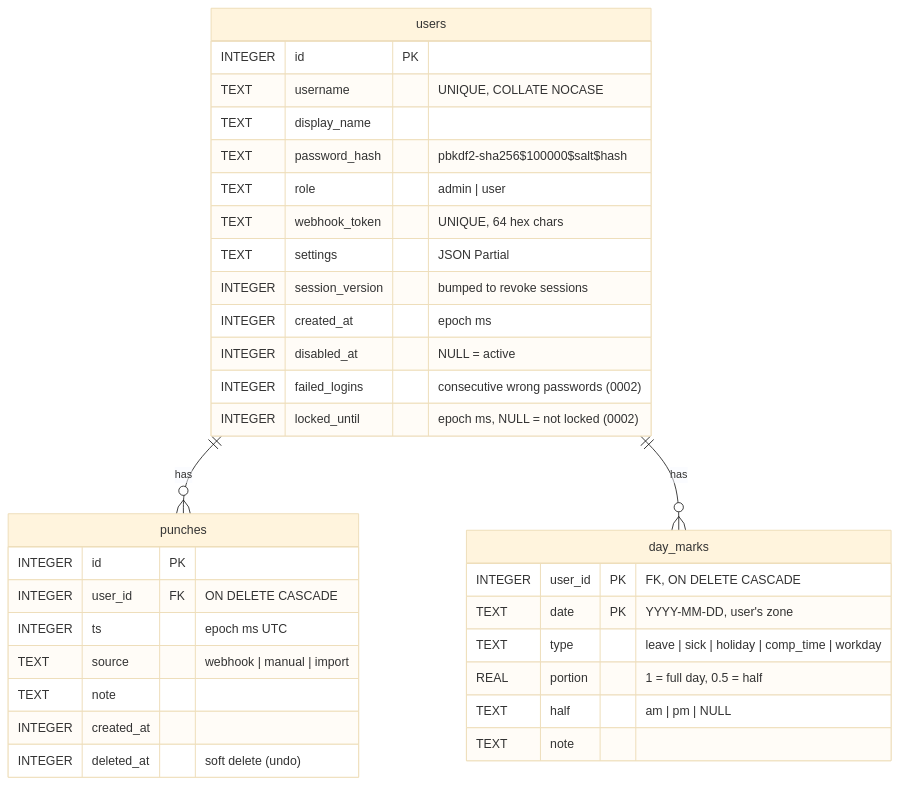
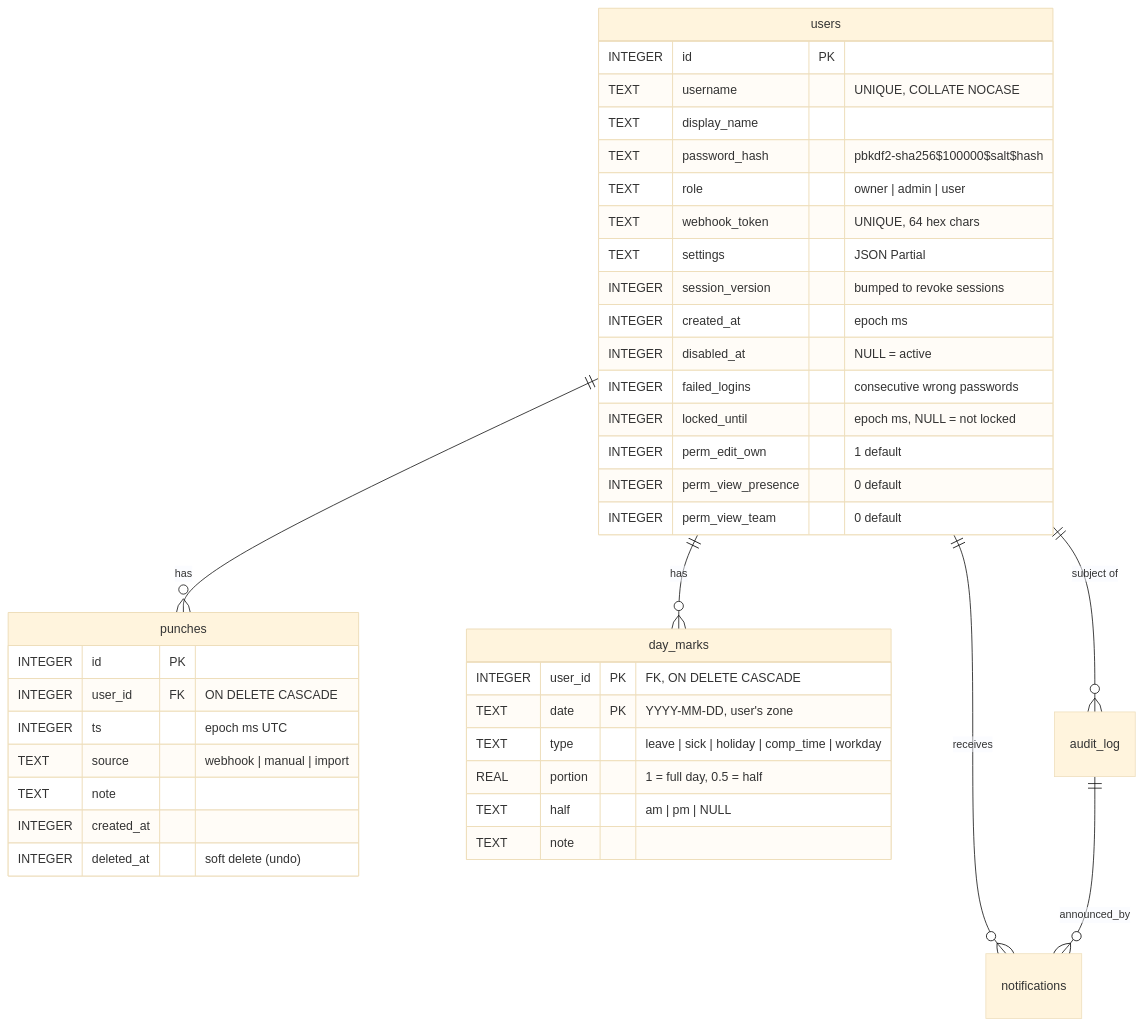
One commit to doooools/Time-clock-Pointeuse changed the second of 2 diagrams in docs/architecture.md. Above: the diagram before and after it, drawn with Mermaid (base theme). The commit also changed other lines of this file and 15 other files, not shown here.

First line of the commit message:
[T21] Document team management: roles, rights, journal, notifications

````diff
--- a/docs/architecture.md
+++ b/docs/architecture.md
@@ -67,36 +74,42 @@
 ```mermaid
 erDiagram
   users ||--o{ punches : has
   users ||--o{ day_marks : has
+  users ||--o{ audit_log : "subject of"
+  users ||--o{ notifications : receives
+  audit_log ||--o{ notifications : announced_by
   users {
     INTEGER id PK
     TEXT username "UNIQUE, COLLATE NOCASE"
     TEXT display_name
     TEXT password_hash "pbkdf2-sha256$100000$salt$hash"
-    TEXT role "admin | user"
+    TEXT role "owner | admin | user"
     TEXT webhook_token "UNIQUE, 64 hex chars"
     TEXT settings "JSON Partial<Settings>"
     INTEGER session_version "bumped to revoke sessions"
     INTEGER created_at "epoch ms"
     INTEGER disabled_at "NULL = active"
-    INTEGER failed_logins "consecutive wrong passwords (0002)"
-    INTEGER locked_until "epoch ms, NULL = not locked (0002)"
+    INTEGER failed_logins "consecutive wrong passwords"
+    INTEGER locked_until "epoch ms, NULL = not locked"
+    INTEGER perm_edit_own "1 default"
+    INTEGER perm_view_presence "0 default"
+    INTEGER perm_view_team "0 default"
   }
   punches {
     INTEGER id PK
     INTEGER user_id FK "ON DELETE CASCADE"
     INTEGER ts "epoch ms UTC"
     TEXT source "webhook | manual | import"
     TEXT note
     INTEGER created_at
     INTEGER deleted_at "soft delete (undo)"
   }
   day_marks {
     INTEGER user_id PK "FK, ON DELETE CASCADE"
     TEXT date PK "YYYY-MM-DD, user's zone"
     TEXT type "leave | sick | holiday | comp_time | workday"
     REAL portion "1 = full day, 0.5 = half"
     TEXT half "am | pm | NULL"
     TEXT note
   }
 ```
````
